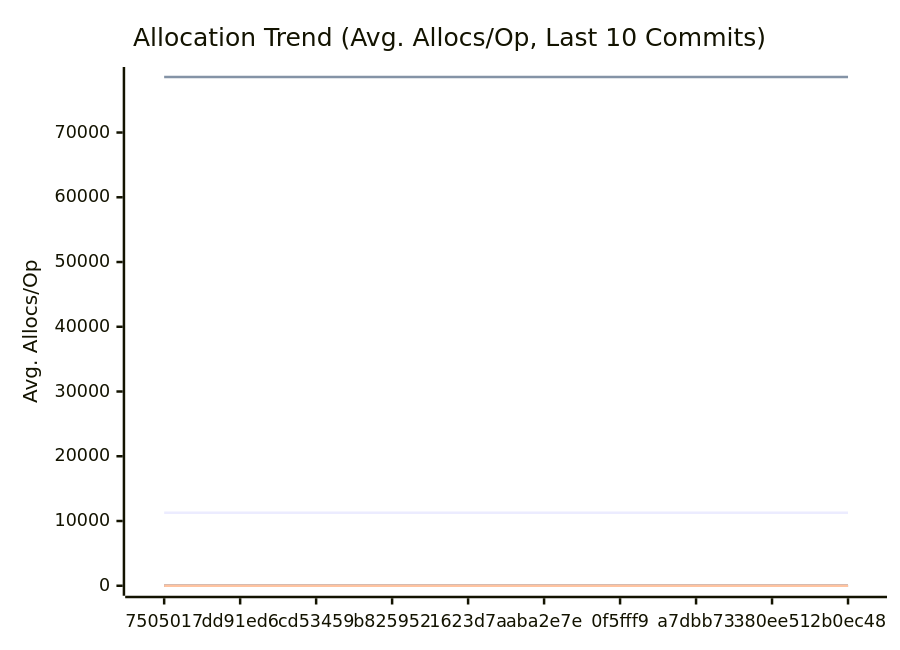
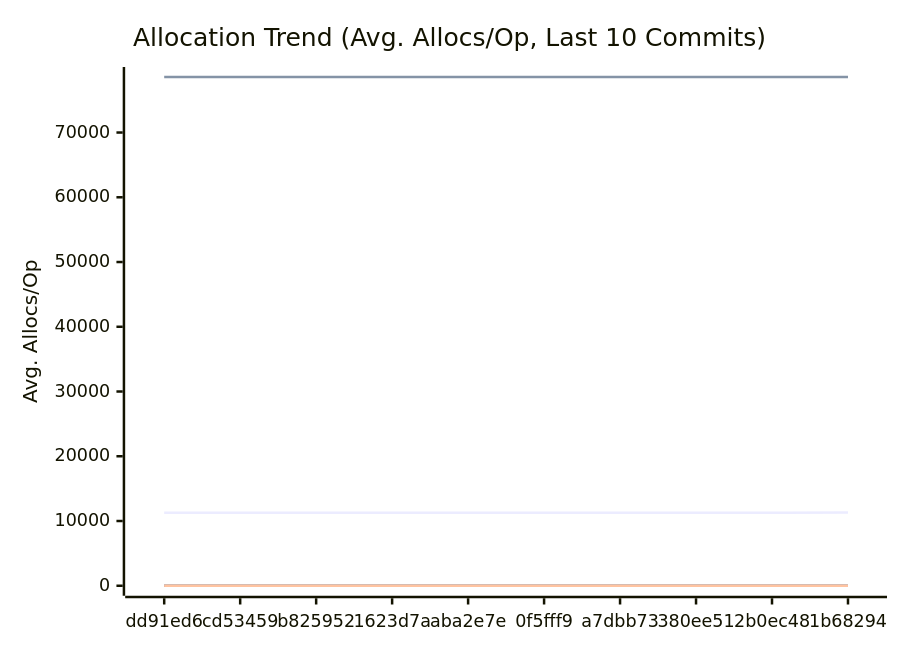
One commit to alsotoes/momo changed the third of 3 diagrams in docs/PERFORMANCE.md. Above: the diagram before and after it, drawn with Mermaid. The commit also changed other lines of this file and 2 other files, not shown here.

````diff
--- a/docs/PERFORMANCE.md
+++ b/docs/PERFORMANCE.md
@@ -197,20 +197,20 @@
 ```mermaid
 xychart-beta
     title "Allocation Trend (Avg. Allocs/Op, Last 10 Commits)"
     x-axis "Commit"
     y-axis "Avg. Allocs/Op"
-    x-axis [7505017,dd91ed6,cd53459,b825952,1623d7a,aba2e7e,0f5fff9,a7dbb73,380ee51,2b0ec48]
-    line "AWSChunkedReaderSigned" [11278,11271,11265,11282,11278,11284,11272,11270,11273,11273]
-    line "AWSChunkedReaderUnsigned" [78563,78564,78564,78577,78562,78561,78569,78563,78558,78562]
+    x-axis [dd91ed6,cd53459,b825952,1623d7a,aba2e7e,0f5fff9,a7dbb73,380ee51,2b0ec48,1b68294]
+    line "AWSChunkedReaderSigned" [11271,11265,11282,11278,11284,11272,11270,11273,11273,11295]
+    line "AWSChunkedReaderUnsigned" [78564,78564,78577,78562,78561,78569,78563,78558,78562,78566]
     line "CheckMetricsAndSwap" [0,0,0,0,0,0,0,0,0,0]
     line "CrushOptimized" [0,0,0,0,0,0,0,0,0,0]
     line "CrushOriginal" [3,3,3,3,3,3,3,3,3,3]
     line "IndexDirectTracking" [0,0,0,0,0,0,0,0,0,0]
     line "IndexSearch" [0,0,0,0,0,0,0,0,0,0]
     line "LoadGlobalConfig" [54,54,54,54,54,54,54,54,54,54]
     line "PadString" [1,1,1,1,1,1,1,1,1,1]
     line "ParseReplicationOrder_NoPrealloc" [6,6,6,6,6,5,5,5,5,5]
     line "ParseReplicationOrder_Prealloc" [2,2,2,2,2,1,1,1,1,1]
     line "SanitizeLog/Safe" [0,0,0,0,0,0,0,0,0,0]
     line "SanitizeLog/Unsafe" [1,1,1,1,1,1,1,1,1,1]
 ```
````
